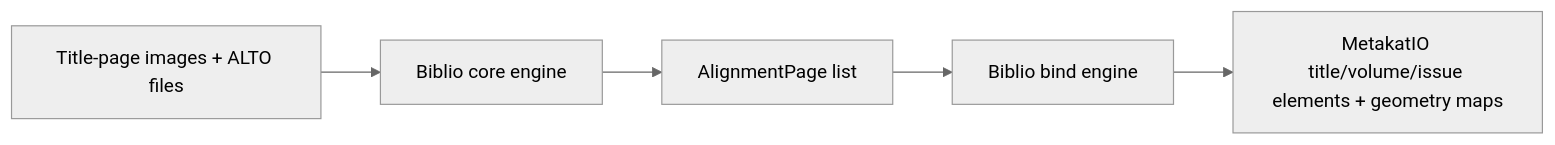
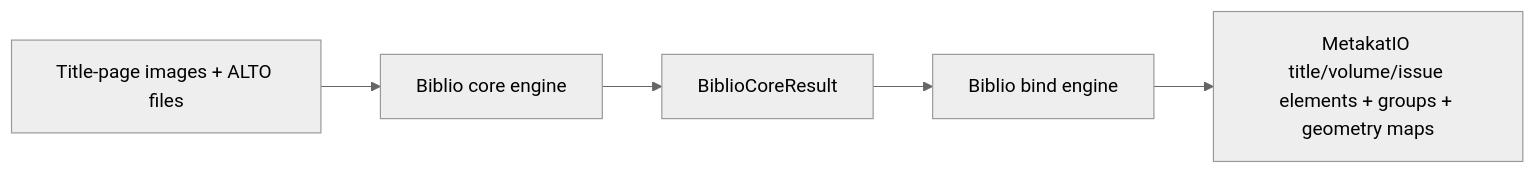
Before and after one commit to DCGM/MetaKat: the first of 3 diagrams in metakat/biblio/README.md, drawn with Mermaid (neutral theme). The commit also changed other lines of this file and 6 other files, not shown here.

First line of the commit message:
Give the biblio core a MetaKat-owned contract that reads and groups each page

````diff
--- a/metakat/biblio/README.md
+++ b/metakat/biblio/README.md
@@ -47,10 +58,10 @@
 ```mermaid
 flowchart LR
     P[Title-page images + ALTO files]
     C[Biblio core engine]
-    R[AlignmentPage list]
+    R[BiblioCoreResult]
     B[Biblio bind engine]
-    M[MetakatIO title/volume/issue elements + geometry maps]
+    M[MetakatIO title/volume/issue elements + groups + geometry maps]
 
     P --> C --> R --> B --> M
 ```
````
